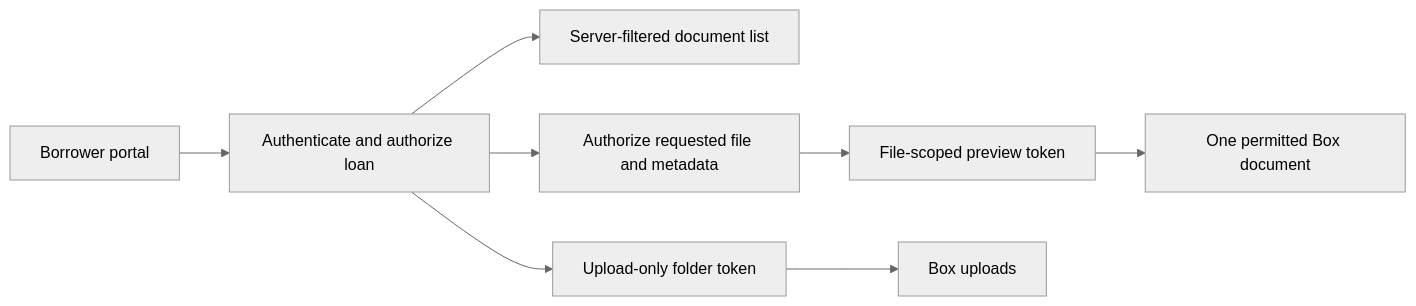
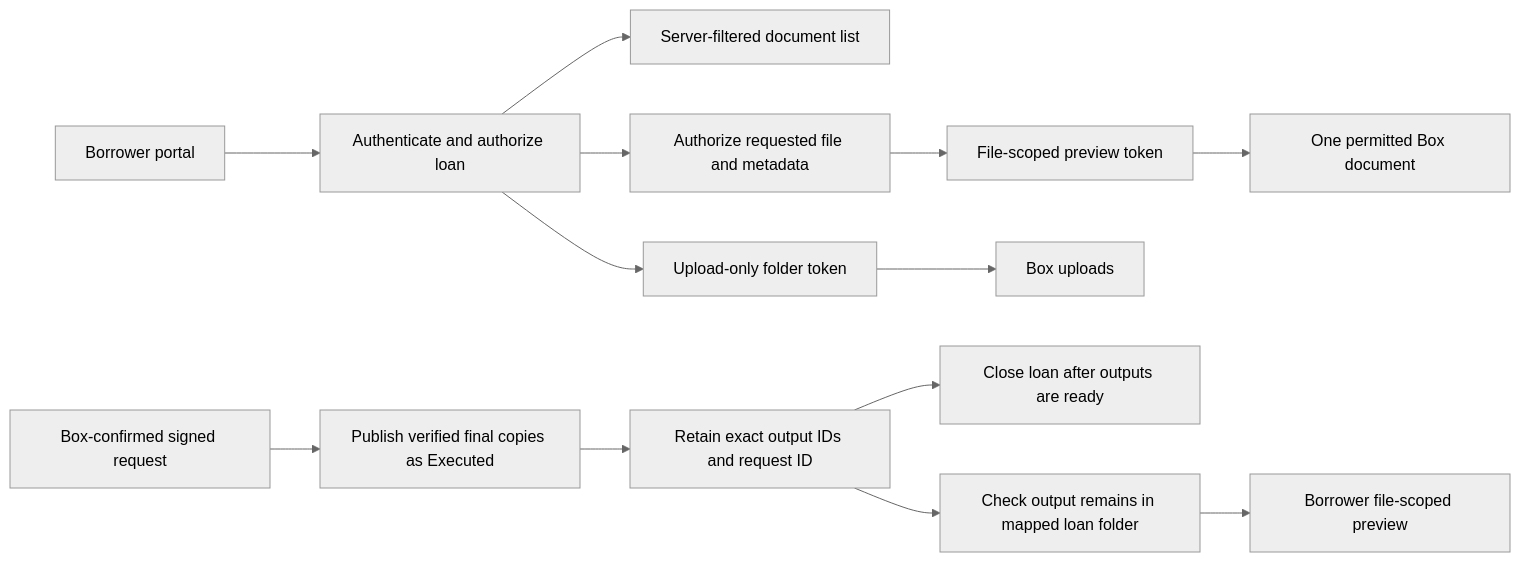
Before and after one commit to unofficialbox/box-agentic-loans: the diagram in docs/diagrams/borrower-content-authorization.mmd, drawn with Mermaid (neutral theme). The commit also changed 87 other files, not shown here.

```diff
--- a/docs/diagrams/borrower-content-authorization.mmd
+++ b/docs/diagrams/borrower-content-authorization.mmd
@@ -1,8 +1,14 @@
 flowchart LR
     B[Borrower portal] --> A[Authenticate and authorize loan]
     A --> L[Server-filtered document list]
     A --> U[Upload-only folder token]
     A --> F[Authorize requested file and metadata]
     F --> P[File-scoped preview token]
     U --> X[Box uploads]
     P --> D[One permitted Box document]
+
+  Sign[Box-confirmed signed request] --> Release[Publish verified final copies as Executed]
+  Release --> Receipt[Retain exact output IDs and request ID]
+  Receipt --> Closed[Close loan after outputs are ready]
+  Receipt --> Check[Check output remains in mapped loan folder]
+  Check --> Preview[Borrower file-scoped preview]
```
